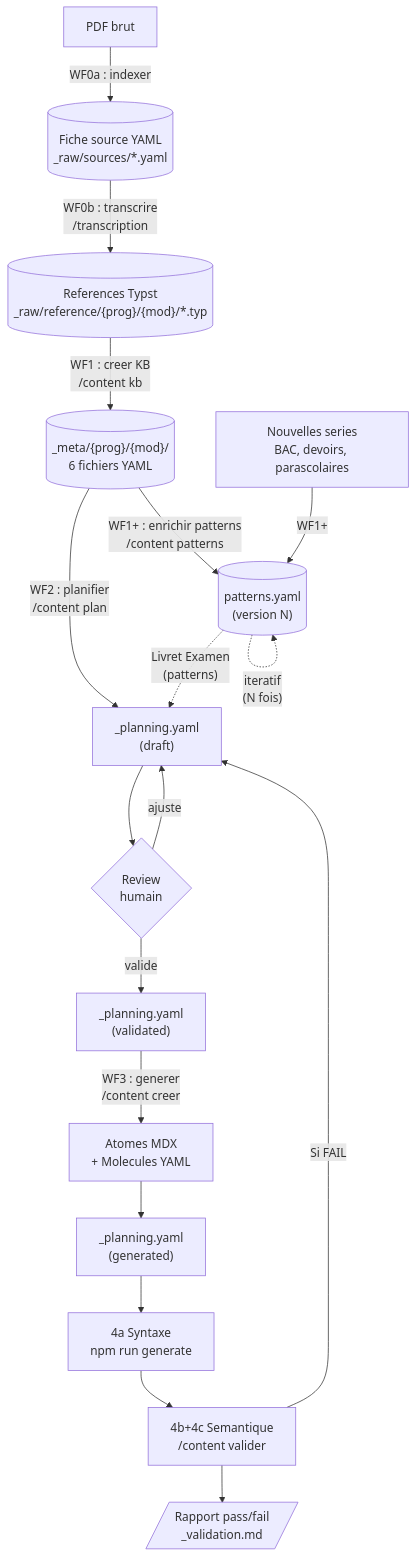
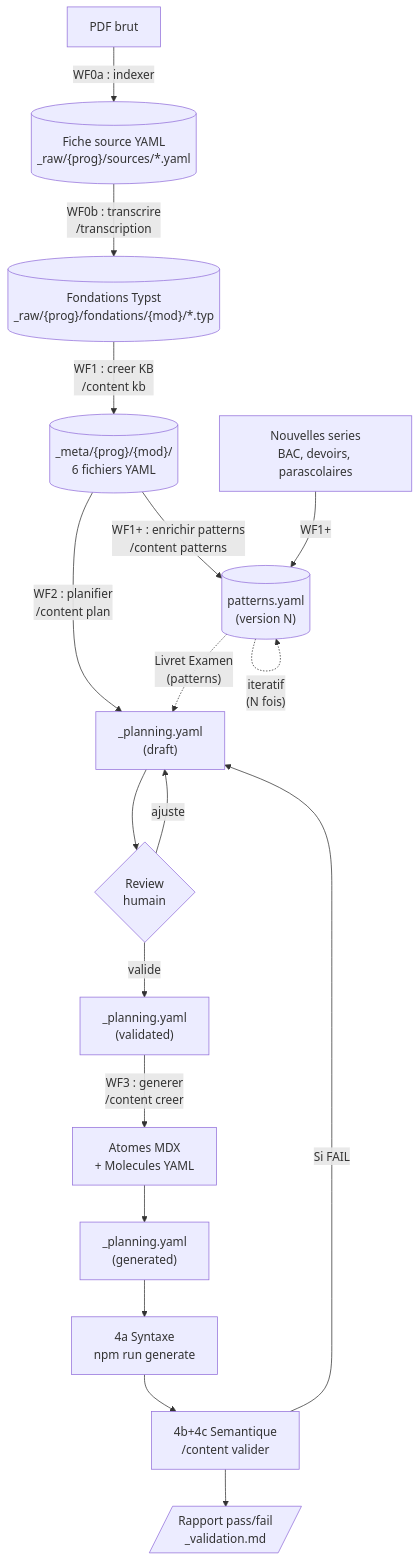
Before and after one commit to bilalYezzaGit/learning-web: the first of 8 diagrams in docs/content-agentic-workflow.md, drawn with Mermaid. The commit also changed other lines of this file and 49 other files, not shown here.

First line of the commit message:
Restructurer _raw/ : namespace programme + fondations/enrichissements

````diff
--- a/docs/content-agentic-workflow.md
+++ b/docs/content-agentic-workflow.md
@@ -92,20 +93,20 @@
 ```mermaid
 flowchart TD
-    PDF["PDF brut"] -->|"WF0a : indexer"| Fiche[("Fiche source YAML\n_raw/sources/*.yaml")]
-    Fiche -->|"WF0b : transcrire\n/transcription"| Typst[("References Typst\n_raw/reference/{prog}/{mod}/*.typ")]
+    PDF["PDF brut"] -->|"WF0a : indexer"| Fiche[("Fiche source YAML\n_raw/{prog}/sources/*.yaml")]
+    Fiche -->|"WF0b : transcrire\n/transcription"| Typst[("Fondations Typst\n_raw/{prog}/fondations/{mod}/*.typ")]
     Typst -->|"WF1 : creer KB\n/content kb"| Meta[("_meta/{prog}/{mod}/\n6 fichiers YAML")]
     Meta -->|"WF1+ : enrichir patterns\n/content patterns"| Patterns[("patterns.yaml\n(version N)")]
     Series["Nouvelles series\nBAC, devoirs, parascolaires"] -->|"WF1+"| Patterns
     Patterns -.->|"iteratif\n(N fois)"| Patterns
     Meta -->|"WF2 : planifier\n/content plan"| Plan["_planning.yaml\n(draft)"]
     Patterns -.->|"Livret Examen\n(patterns)"| Plan
     Plan --> Review{"Review\nhumain"}
     Review -->|"ajuste"| Plan
     Review -->|"valide"| PlanV["_planning.yaml\n(validated)"]
     PlanV -->|"WF3 : generer\n/content creer"| Contenu["Atomes MDX\n+ Molecules YAML"]
     Contenu --> PlanG["_planning.yaml\n(generated)"]
     PlanG --> V4a["4a Syntaxe\nnpm run generate"]
     V4a --> V4bc["4b+4c Semantique\n/content valider"]
     V4bc --> Rapport[/"Rapport pass/fail\n_validation.md"/]
     V4bc -->|"Si FAIL"| Plan
 ```
````
